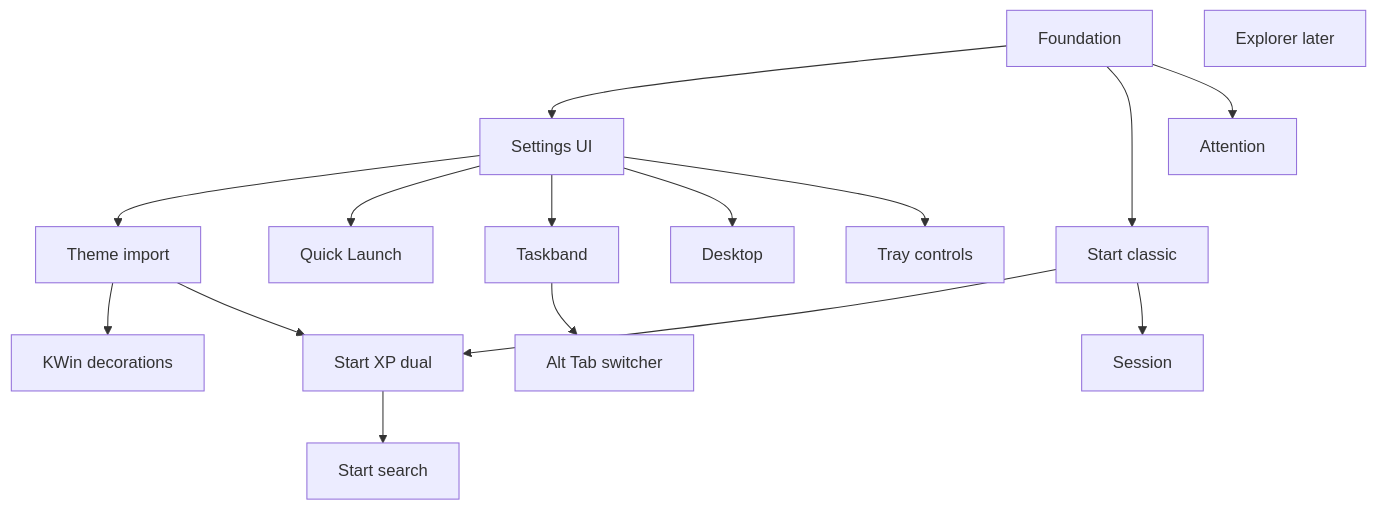
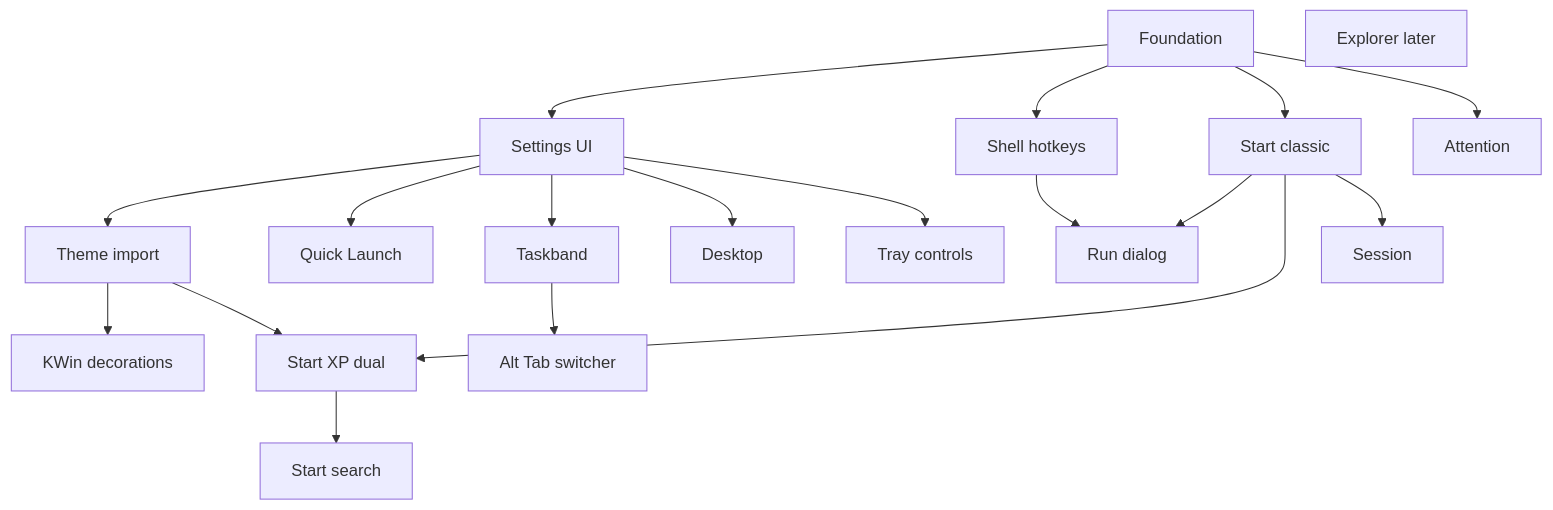
Before and after one commit to freitagdavid/QuickXP: the first of 2 diagrams in .cursor/plans/xp_shell_gap_analysis.plan.md, drawn with Mermaid. The commit also changed other lines of this file and 7 other files, not shown here.

Commit message:
Update XP shell gap analysis and roadmap with new epics for hotkeys and run dialog. Refine taskbar settings UI and enhance theme management with additional spinbox assets in theme.json. Adjust taskbar height settings for improved user experience.

````diff
--- a/.cursor/plans/xp_shell_gap_analysis.plan.md
+++ b/.cursor/plans/xp_shell_gap_analysis.plan.md
@@ -64,32 +95,37 @@
 ```mermaid
 flowchart TB
   foundation[Foundation]
   settings[Settings UI]
   themes[Theme import]
   kwinDeco[KWin decorations]
+  hotkeys[Shell hotkeys]
+  runDlg[Run dialog]
   classic[Start classic]
   xpStart[Start XP dual]
   search[Start search]
   ql[Quick Launch]
   taskband[Taskband]
   trayCtl[Tray controls]
   altTab[Alt Tab switcher]
   desktop[Desktop]
   attention[Attention]
   session[Session]
   explorer[Explorer later]
   foundation --> settings
   settings --> themes
   themes --> kwinDeco
+  foundation --> hotkeys
   foundation --> classic
+  classic --> runDlg
+  hotkeys --> runDlg
   classic --> xpStart
   xpStart --> search
   classic --> session
   settings --> ql
   settings --> taskband
   settings --> desktop
   settings --> trayCtl
   taskband --> altTab
   foundation --> attention
   themes --> xpStart
 ```
````
